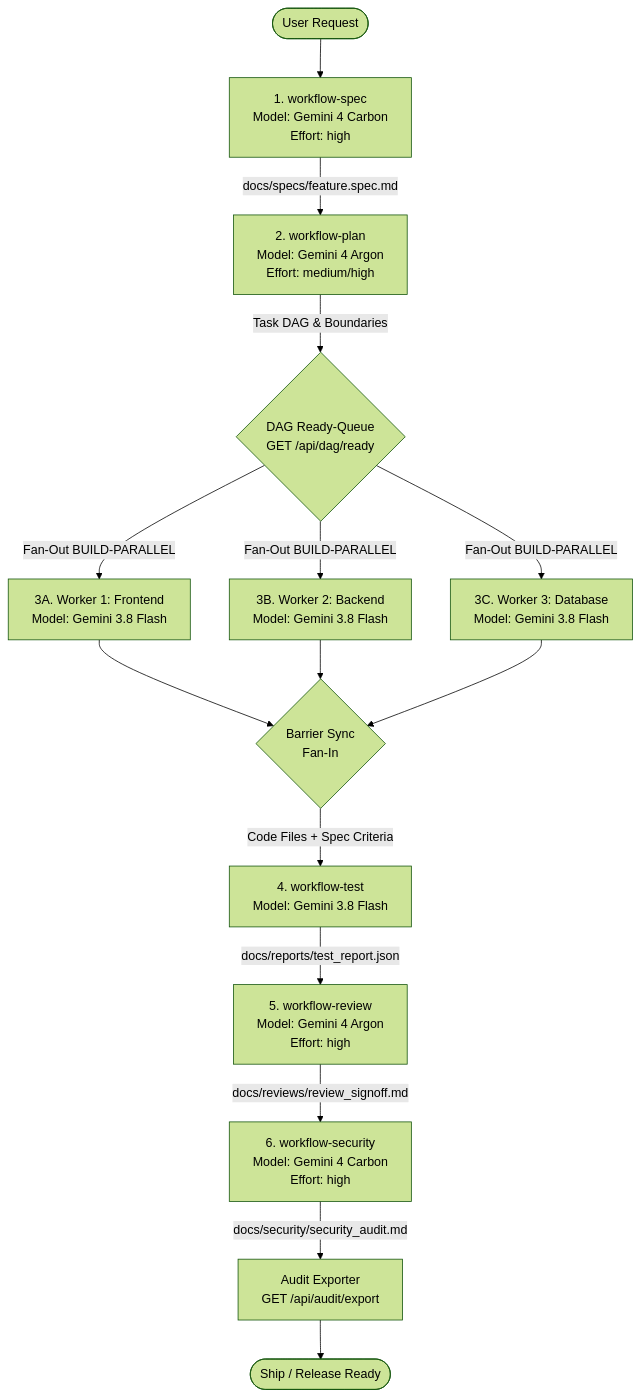
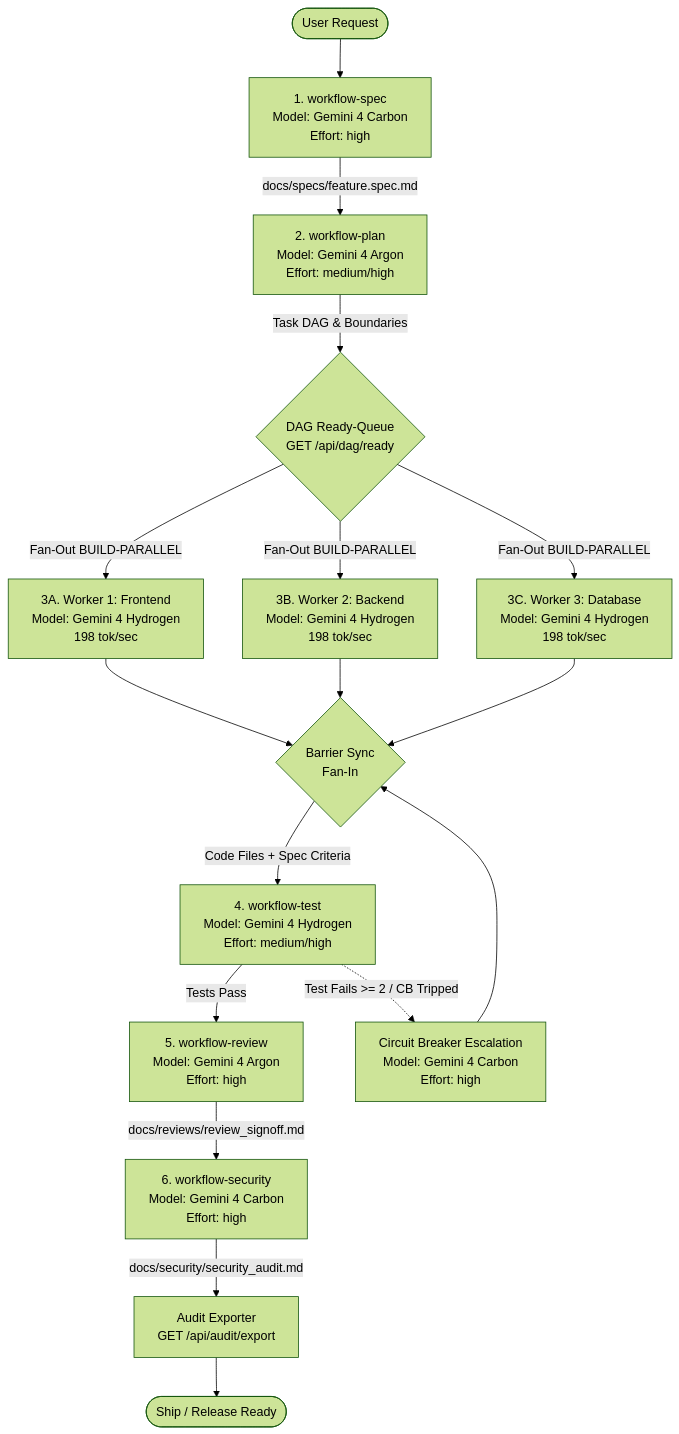
Before and after one commit to chien334/antigravity-orchestrator: the diagram in packages/workflows/workflow-pipeline.md, drawn with Mermaid (forest theme). The commit also changed other lines of this file and 8 other files, not shown here.

First line of the commit message:
feat(workflows): align multi-agent workflows and skill with Gemini 4 Hydrogen tier

````diff
--- a/packages/workflows/workflow-pipeline.md
+++ b/packages/workflows/workflow-pipeline.md
@@ -12,20 +12,24 @@
 ```mermaid
 flowchart TD
     Start([User Request]) --> S1[1. workflow-spec\nModel: Gemini 4 Carbon\nEffort: high]
     S1 -->|docs/specs/feature.spec.md| S2[2. workflow-plan\nModel: Gemini 4 Argon\nEffort: medium/high]
     
     S2 -->|Task DAG & Boundaries| S3Ready{DAG Ready-Queue\nGET /api/dag/ready}
-    S3Ready -->|Fan-Out BUILD-PARALLEL| S3A[3A. Worker 1: Frontend\nModel: Gemini 3.8 Flash]
-    S3Ready -->|Fan-Out BUILD-PARALLEL| S3B[3B. Worker 2: Backend\nModel: Gemini 3.8 Flash]
-    S3Ready -->|Fan-Out BUILD-PARALLEL| S3C[3C. Worker 3: Database\nModel: Gemini 3.8 Flash]
+    S3Ready -->|Fan-Out BUILD-PARALLEL| S3A[3A. Worker 1: Frontend\nModel: Gemini 4 Hydrogen\n198 tok/sec]
+    S3Ready -->|Fan-Out BUILD-PARALLEL| S3B[3B. Worker 2: Backend\nModel: Gemini 4 Hydrogen\n198 tok/sec]
+    S3Ready -->|Fan-Out BUILD-PARALLEL| S3C[3C. Worker 3: Database\nModel: Gemini 4 Hydrogen\n198 tok/sec]
     
     S3A --> S3Sync{Barrier Sync\nFan-In}
     S3B --> S3Sync
     S3C --> S3Sync
     
-    S3Sync -->|Code Files + Spec Criteria| S4[4. workflow-test\nModel: Gemini 3.8 Flash]
-    S4 -->|docs/reports/test_report.json| S5[5. workflow-review\nModel: Gemini 4 Argon\nEffort: high]
+    S3Sync -->|Code Files + Spec Criteria| S4[4. workflow-test\nModel: Gemini 4 Hydrogen\nEffort: medium/high]
+    
+    S4 -->|Tests Pass| S5[5. workflow-review\nModel: Gemini 4 Argon\nEffort: high]
+    S4 -.->|Test Fails >= 2 / CB Tripped| SCB[Circuit Breaker Escalation\nModel: Gemini 4 Carbon\nEffort: high]
+    SCB --> S3Sync
+
     S5 -->|docs/reviews/review_signoff.md| S6[6. workflow-security\nModel: Gemini 4 Carbon\nEffort: high]
     S6 -->|docs/security/security_audit.md| Audit[Audit Exporter\nGET /api/audit/export]
     Audit --> Done([Ship / Release Ready])
 ```
````
